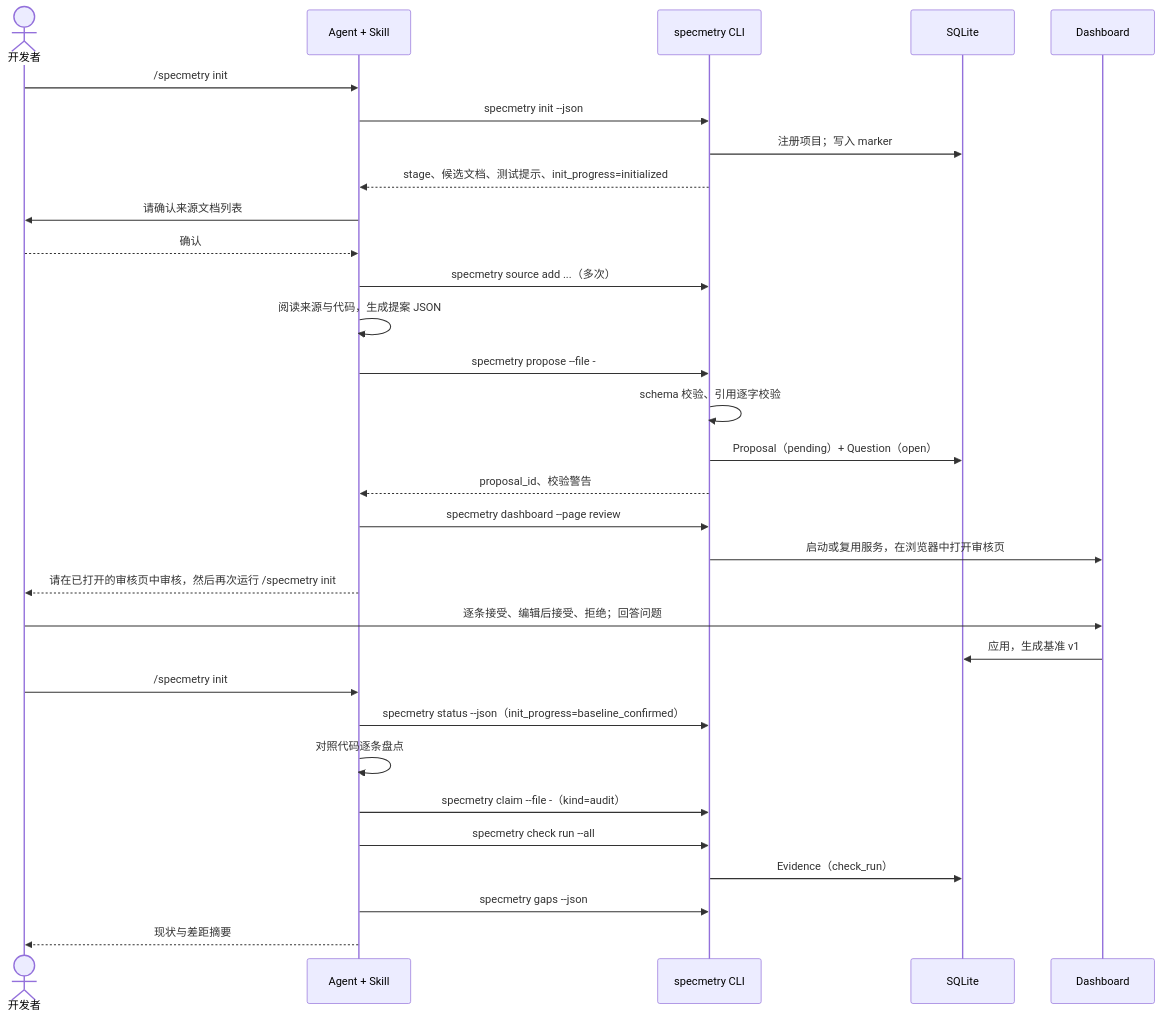
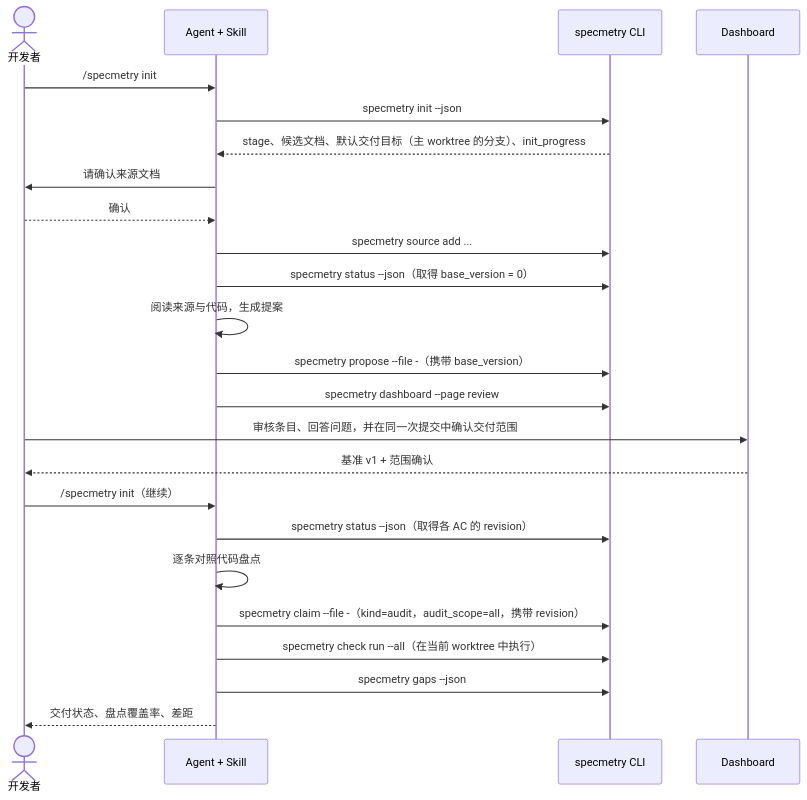
One commit to XKHoshizora/specmetry changed the second of 3 diagrams in docs/architecture.md. Above: the diagram before and after it, drawn with Mermaid. The commit also changed other lines of this file and 46 other files, not shown here.

````diff
--- a/docs/architecture.md
+++ b/docs/architecture.md
@@ -122,34 +144,27 @@
 ```mermaid
 sequenceDiagram
     actor Dev as 开发者
     participant Ag as Agent + Skill
     participant CLI as specmetry CLI
-    participant DB as SQLite
     participant UI as Dashboard
 
     Dev->>Ag: /specmetry init
     Ag->>CLI: specmetry init --json
-    CLI->>DB: 注册项目；写入 marker
-    CLI-->>Ag: stage、候选文档、测试提示、init_progress=initialized
-    Ag->>Dev: 请确认来源文档列表
+    CLI-->>Ag: stage、候选文档、默认交付目标（主 worktree 的分支）、init_progress
+    Ag->>Dev: 请确认来源文档
     Dev-->>Ag: 确认
-    Ag->>CLI: specmetry source add ...（多次）
-    Ag->>Ag: 阅读来源与代码，生成提案 JSON
-    Ag->>CLI: specmetry propose --file -
-    CLI->>CLI: schema 校验、引用逐字校验
-    CLI->>DB: Proposal（pending）+ Question（open）
-    CLI-->>Ag: proposal_id、校验警告
+    Ag->>CLI: specmetry source add ...
+    Ag->>CLI: specmetry status --json（取得 base_version = 0）
+    Ag->>Ag: 阅读来源与代码，生成提案
+    Ag->>CLI: specmetry propose --file -（携带 base_version）
     Ag->>CLI: specmetry dashboard --page review
-    CLI->>UI: 启动或复用服务，在浏览器中打开审核页
-    Ag-->>Dev: 请在已打开的审核页中审核，然后再次运行 /specmetry init
-    Dev->>UI: 逐条接受、编辑后接受、拒绝；回答问题
-    UI->>DB: 应用，生成基准 v1
-    Dev->>Ag: /specmetry init
-    Ag->>CLI: specmetry status --json（init_progress=baseline_confirmed）
-    Ag->>Ag: 对照代码逐条盘点
-    Ag->>CLI: specmetry claim --file -（kind=audit）
-    Ag->>CLI: specmetry check run --all
-    CLI->>DB: Evidence（check_run）
+    Dev->>UI: 审核条目、回答问题，并在同一次提交中确认交付范围
+    UI-->>Dev: 基准 v1 + 范围确认
+    Dev->>Ag: /specmetry init（继续）
+    Ag->>CLI: specmetry status --json（取得各 AC 的 revision）
+    Ag->>Ag: 逐条对照代码盘点
+    Ag->>CLI: specmetry claim --file -（kind=audit，audit_scope=all，携带 revision）
+    Ag->>CLI: specmetry check run --all（在当前 worktree 中执行）
     Ag->>CLI: specmetry gaps --json
-    Ag-->>Dev: 现状与差距摘要
+    Ag-->>Dev: 交付状态、盘点覆盖率、差距
 ```
````
